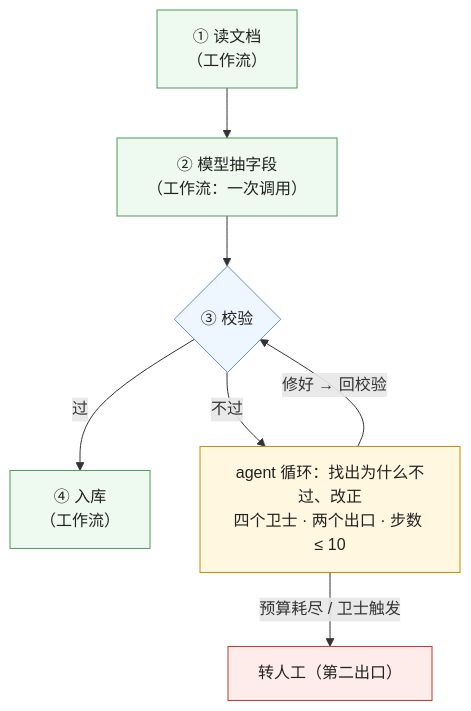
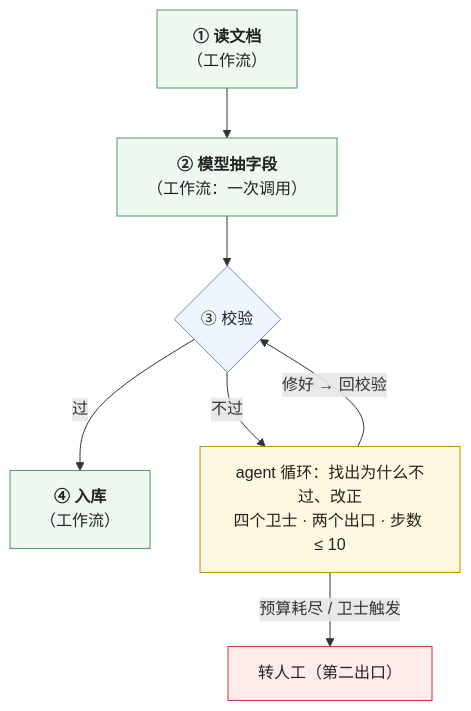
One commit to arganzheng/arganzheng.github.com changed the fifth of 5 diagrams in _posts/2026-10-21-anatomy-of-the-agent-loop.md. Above: the diagram before and after it, drawn with Mermaid. The commit also changed other lines of this file and 9 other files, not shown here.

First line of the commit message:
工具、Agent 与 harness：模型怎么从回答变成做事：Mermaid 多行方框的首行标为标题（10 篇）

````diff
--- a/_posts/2026-10-21-anatomy-of-the-agent-loop.md
+++ b/_posts/2026-10-21-anatomy-of-the-agent-loop.md
@@ -245,17 +245,17 @@
 ```mermaid
 %% 图：工作流里嵌一段 agent——「读文档 → 抽字段 → 校验 → 入库」这类步骤事先知道的流程用代码写死；只有「校验失败时找出原因并修正」这一段步骤事先不知道，才放一个有四个卫士的循环；固定的入口与出口让不定的成本只花在那一段
 flowchart TB
-    W1["① 读文档<br/>（工作流）"] --> W2["② 模型抽字段<br/>（工作流：一次调用）"] --> W3{"③ 校验"}
-    W3 -->|"过"| W4["④ 入库<br/>（工作流）"]
+    W1["<b>① 读文档</b><br/>（工作流）"] --> W2["<b>② 模型抽字段</b><br/>（工作流：一次调用）"] --> W3{"③ 校验"}
+    W3 -->|"过"| W4["<b>④ 入库</b><br/>（工作流）"]
     W3 -->|"不过"| AG["agent 循环：找出为什么不过、改正<br/>四个卫士 · 两个出口 · 步数 ≤ 10"]
     AG -->|"修好 → 回校验"| W3
     AG -->|"预算耗尽 / 卫士触发"| H["转人工（第二出口）"]
     classDef wf fill:#eefaf0,stroke:#4d9a5c,color:#222
     classDef ag fill:#fff7e0,stroke:#c98a00,color:#222
     classDef dec fill:#eef6ff,stroke:#5b8fd6,color:#222
     classDef h fill:#fdecea,stroke:#c0392b,color:#222
     class W1,W2,W4 wf
     class W3 dec
     class AG ag
     class H h
 ```
````
